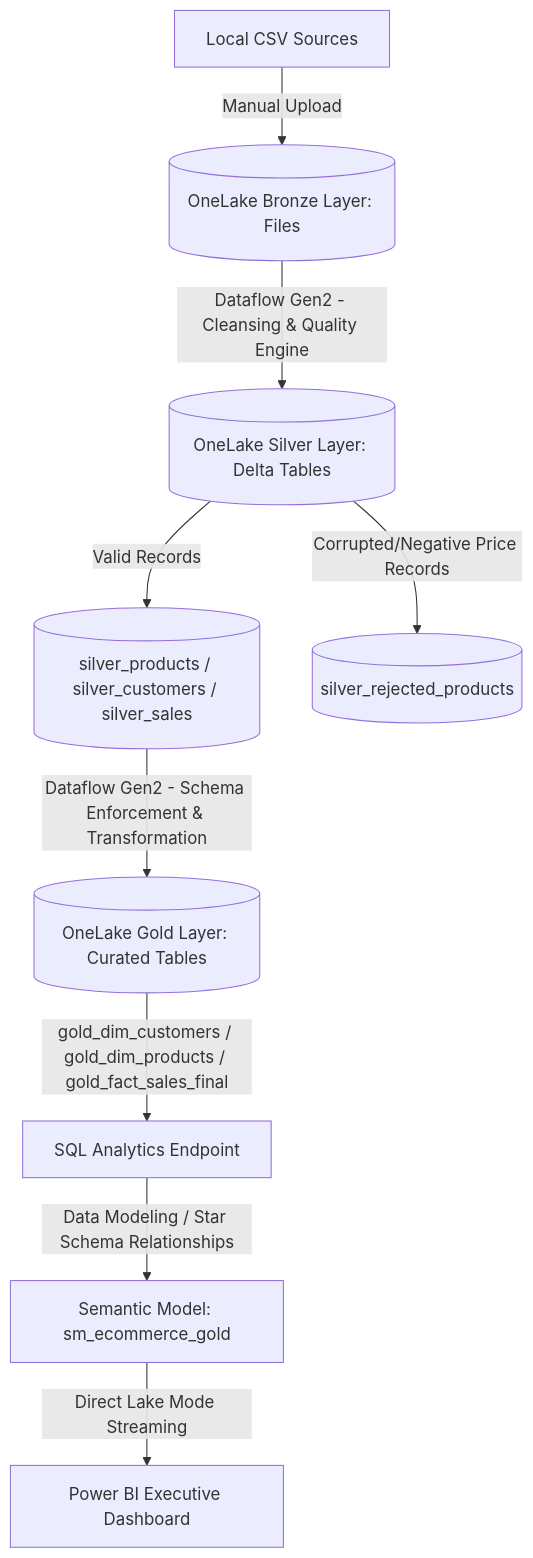
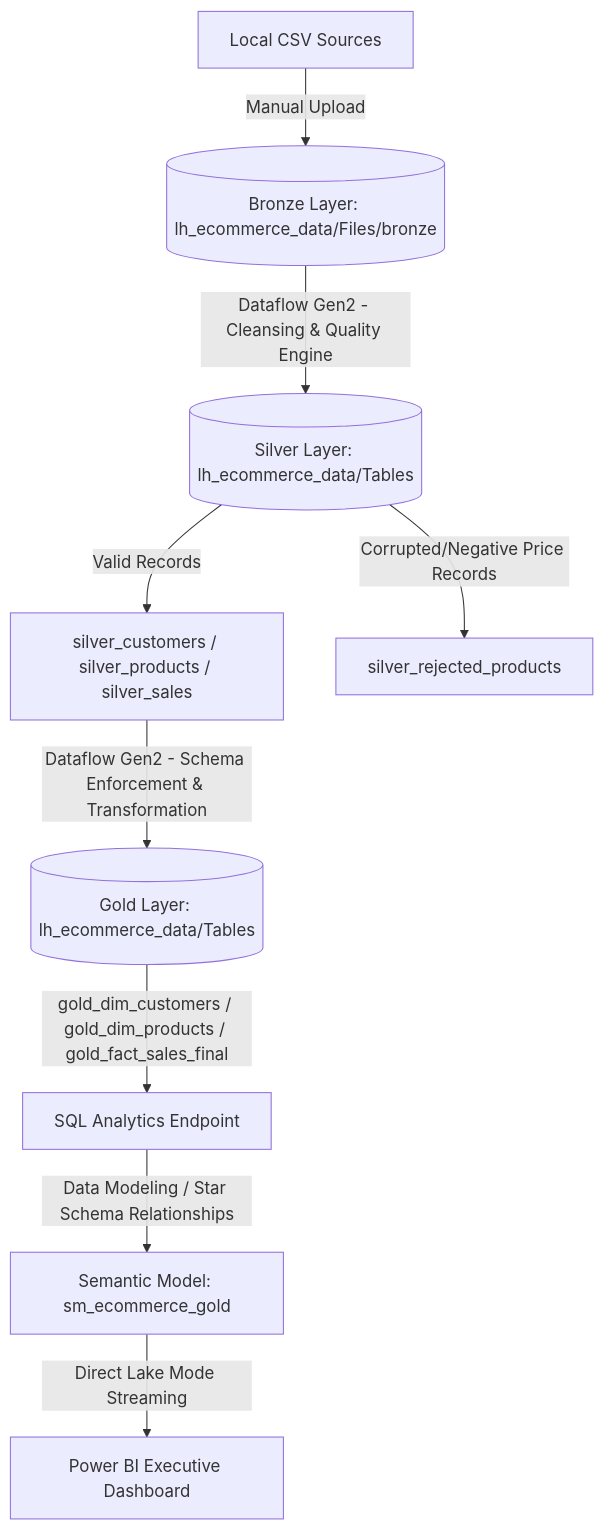
One commit to saigopal9666/microsoft-fabric-lowcode-medallion-pipeline changed the diagram in README.md. Above: the diagram before and after it, drawn with Mermaid. The commit also changed other lines of this file, not shown here.

````diff
--- a/README.md
+++ b/README.md
@@ -13,11 +11,11 @@
 ```mermaid
 graph TD
-    A[Local CSV Sources] -->|Manual Upload| B[(OneLake Bronze Layer: Files)]
-    B -->|Dataflow Gen2 - Cleansing & Quality Engine| C[(OneLake Silver Layer: Delta Tables)]
-    C -->|Valid Records| D[(silver_products / silver_customers / silver_sales)]
-    C -->|Corrupted/Negative Price Records| E[(silver_rejected_products)]
-    D -->|Dataflow Gen2 - Schema Enforcement & Transformation| F[(OneLake Gold Layer: Curated Tables)]
+    A[Local CSV Sources] -->|Manual Upload| B[(Bronze Layer: lh_ecommerce_data/Files/bronze)]
+    B -->|Dataflow Gen2 - Cleansing & Quality Engine| C[(Silver Layer: lh_ecommerce_data/Tables)]
+    C -->|Valid Records| D[silver_customers / silver_products / silver_sales]
+    C -->|Corrupted/Negative Price Records| E[silver_rejected_products]
+    D -->|Dataflow Gen2 - Schema Enforcement & Transformation| F[(Gold Layer: lh_ecommerce_data/Tables)]
     F -->|gold_dim_customers / gold_dim_products / gold_fact_sales_final| G[SQL Analytics Endpoint]
     G -->|Data Modeling / Star Schema Relationships| H[Semantic Model: sm_ecommerce_gold]
     H -->|Direct Lake Mode Streaming| I[Power BI Executive Dashboard]
 ```
````
